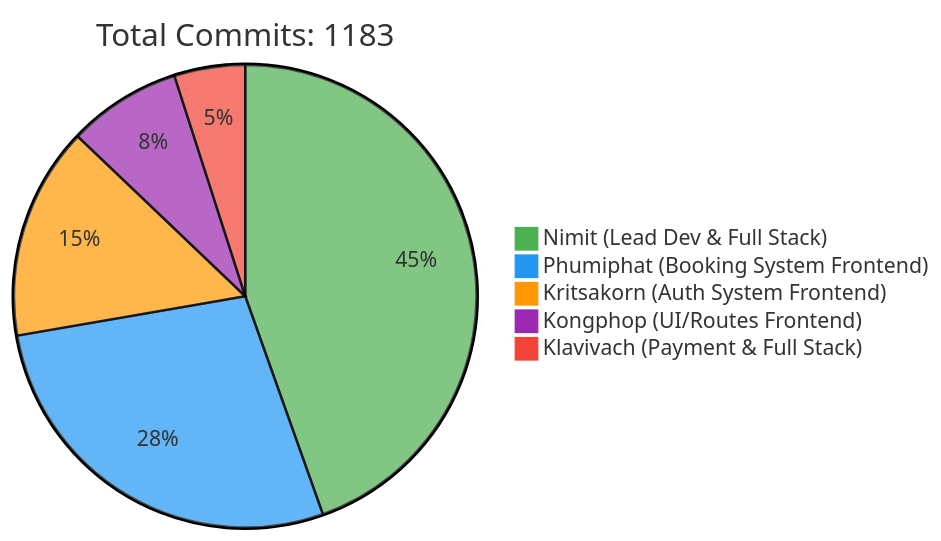
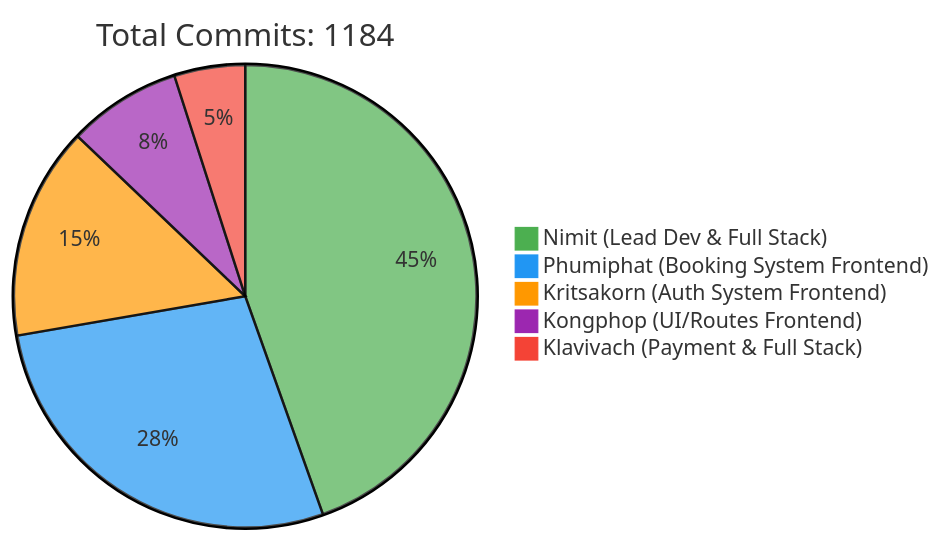
The first of 2 diagrams in README.md (6531503042/Sport-Complex), drawn with Mermaid before and after one commit. The commit also changed other lines of this file, not shown here.

Commit message:
docs: Update contributor statistics [skip ci]

````diff
--- a/README.md
+++ b/README.md
@@ -257,10 +257,10 @@
 ```mermaid
 %%{init: {'theme': 'base', 'themeVariables': { 'pie1': '#4CAF50', 'pie2': '#2196F3', 'pie3': '#FF9800', 'pie4': '#9C27B0', 'pie5': '#F44336'}}}%%
 pie
-    title Total Commits: 1183
+    title Total Commits: 1184
     "Nimit (Lead Dev & Full Stack)" : 450
     "Phumiphat (Booking System Frontend)" : 280
     "Kritsakorn (Auth System Frontend)" : 150
     "Kongphop (UI/Routes Frontend)" : 80
     "Klavivach (Payment & Full Stack)" : 50
 ```
````
